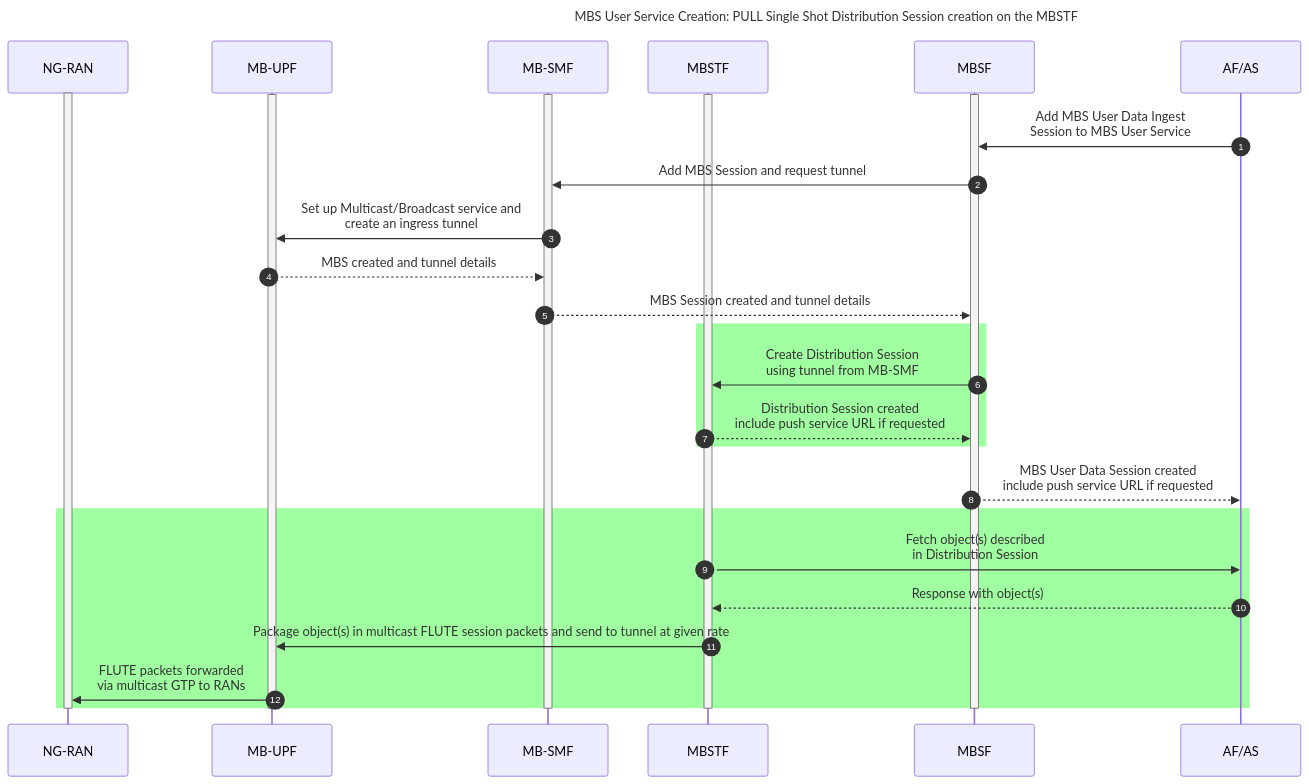
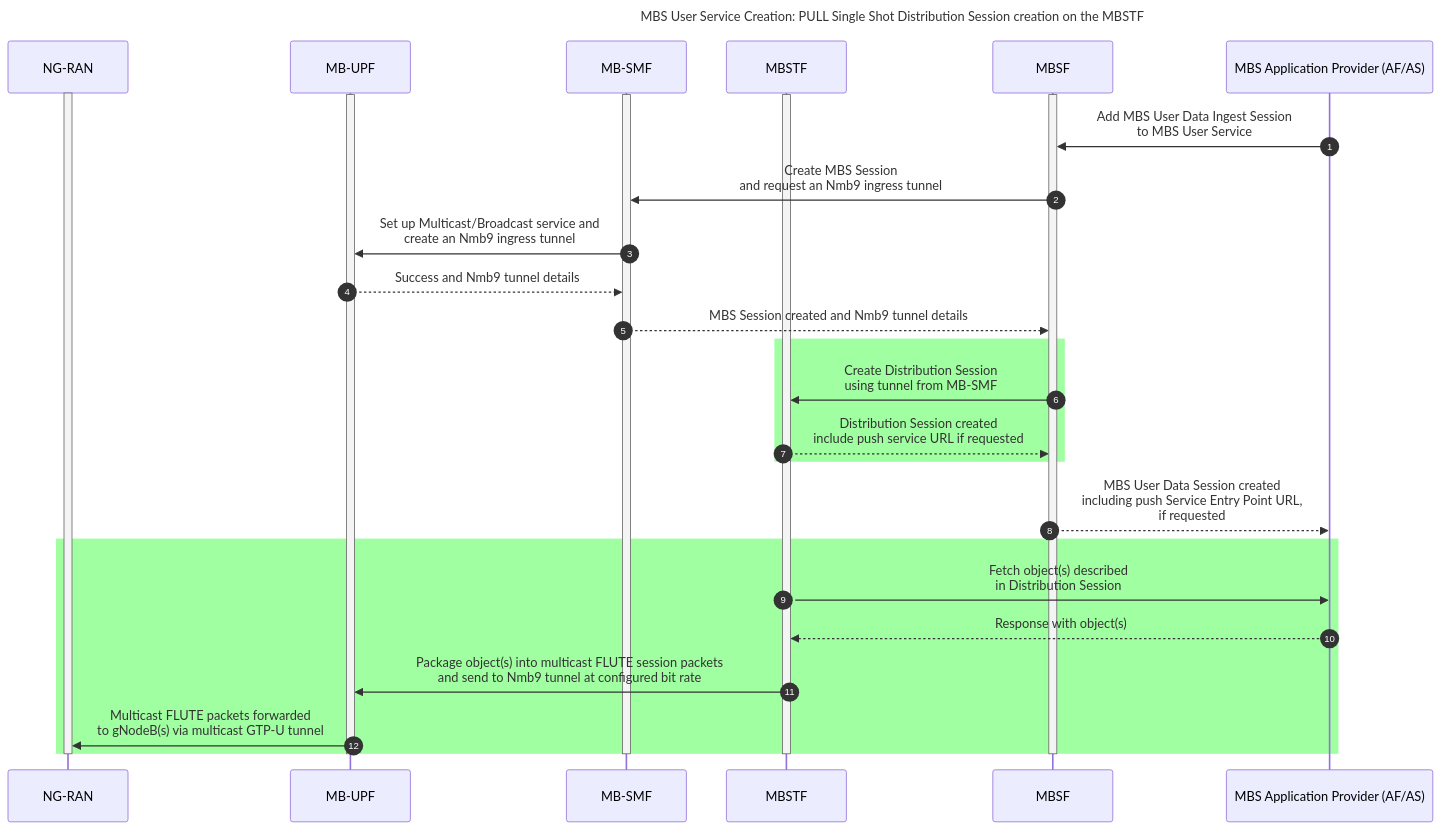
One commit to 5G-MAG/Getting-Started changed the third of 6 diagrams in pages/5g-multicast-broadcast-services/tutorials/mbstf.md. Above: the diagram before and after it, drawn with Mermaid. The commit also changed other lines of this file and 3 other files, not shown here.

````diff
--- a/pages/5g-multicast-broadcast-services/tutorials/mbstf.md
+++ b/pages/5g-multicast-broadcast-services/tutorials/mbstf.md
@@ -239,46 +239,46 @@
 ```mermaid
 ---
 title: "MBS User Service Creation: PULL Single Shot Distribution Session creation on the MBSTF"
 config:
   themeCSS: |
     .loopLine { stroke-width: 4px; stroke-dasharray: 5,5; }
   sequence:
     showSequenceNumbers: true
 ---
 sequenceDiagram
   participant RAN as NG-RAN
   participant MBUPF as MB-UPF
   participant MBSMF as MB-SMF
   participant MBSTF
   participant MBSF
-  participant AP as AF/AS
+  participant AP as MBS Application Provider (AF/AS)
 
   activate RAN
   activate MBSMF
   activate MBUPF
   activate MBSF
   activate MBSTF
 
-  AP->>MBSF : Add MBS User Data Ingest<br/>Session to MBS User Service
-  MBSF->>MBSMF : Add MBS Session and request tunnel
-  MBSMF->>MBUPF : Set up Multicast/Broadcast service and<br/>create an ingress tunnel
-  MBUPF-->>MBSMF : MBS created and tunnel details
-  MBSMF-->>MBSF : MBS Session created and tunnel details
+  AP->>MBSF : Add MBS User Data Ingest Session<br/>to MBS User Service
+  MBSF->>MBSMF : Create MBS Session<br/>and request an Nmb9 ingress tunnel
+  MBSMF->>MBUPF : Set up Multicast/Broadcast service and<br/>create an Nmb9 ingress tunnel
+  MBUPF-->>MBSMF : Success and Nmb9 tunnel details
+  MBSMF-->>MBSF : MBS Session created and Nmb9 tunnel details
   rect rgb(160,255,160)
     MBSF->>MBSTF : Create Distribution Session<br/>using tunnel from MB-SMF
     MBSTF-->>MBSF : Distribution Session created<br/>include push service URL if requested
   end
-    MBSF-->>AP : MBS User Data Session created<br/>include push service URL if requested
+    MBSF-->>AP : MBS User Data Session created<br/>including push Service Entry Point URL, <br/>if requested
   rect rgb(160,255,160)
     MBSTF->>AP : Fetch object(s) described<br/>in Distribution Session
     AP-->>MBSTF : Response with object(s)
-    MBSTF->>MBUPF : Package object(s) in multicast FLUTE session packets and send to tunnel at given rate
-    MBUPF->>RAN : FLUTE packets forwarded<br/>via multicast GTP to RANs
+    MBSTF->>MBUPF : Package object(s) into multicast FLUTE session packets<br/>and send to Nmb9 tunnel at configured bit rate
+    MBUPF->>RAN : Multicast FLUTE packets forwarded<br/>to gNodeB(s) via multicast GTP-U tunnel
   end
 
   deactivate MBSTF
   deactivate MBSF
   deactivate MBSMF
   deactivate MBUPF
   deactivate RAN
 ```
````
